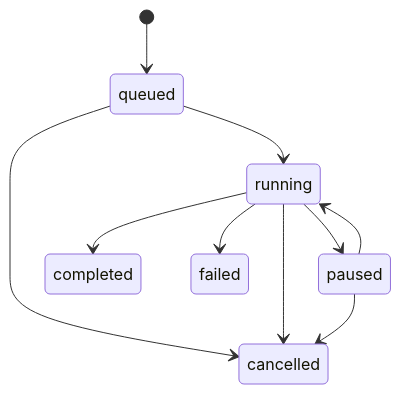
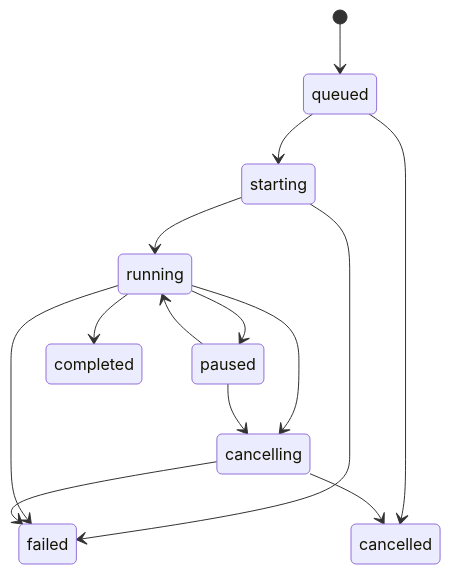
The fourth of 5 diagrams in docs/api/state-machines.md (mfat/sshpilot), drawn with Mermaid before and after one commit. The commit also changed other lines of this file and 33 other files, not shown here.

````diff
--- a/docs/api/state-machines.md
+++ b/docs/api/state-machines.md
@@ -105,12 +105,16 @@
 ```mermaid
 stateDiagram-v2
     [*] --> queued
-    queued --> running
+    queued --> starting
+    starting --> running
+    starting --> failed
     running --> paused
     paused --> running
+    running --> cancelling
+    paused --> cancelling
+    queued --> cancelled
+    cancelling --> cancelled
     running --> completed
     running --> failed
-    queued --> cancelled
-    running --> cancelled
-    paused --> cancelled
+    cancelling --> failed
 ```
````
